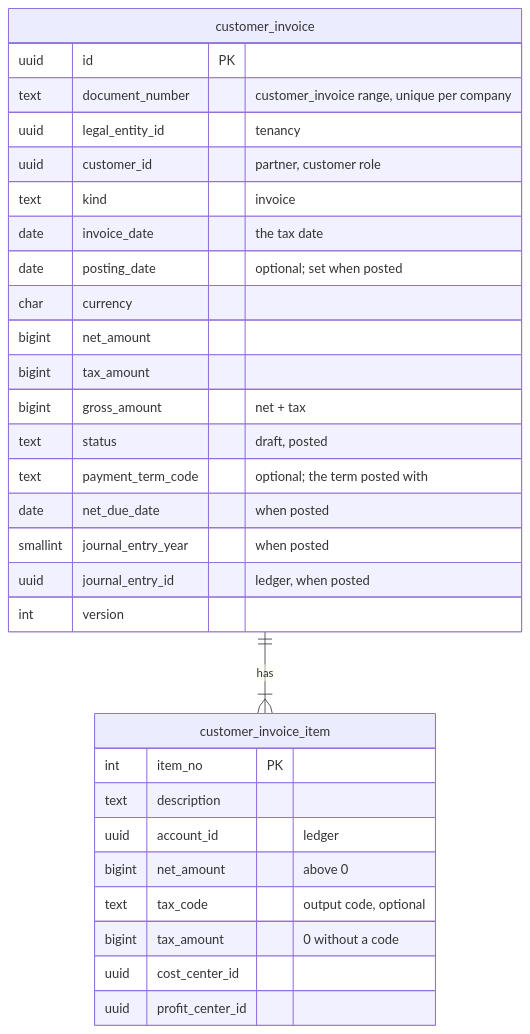
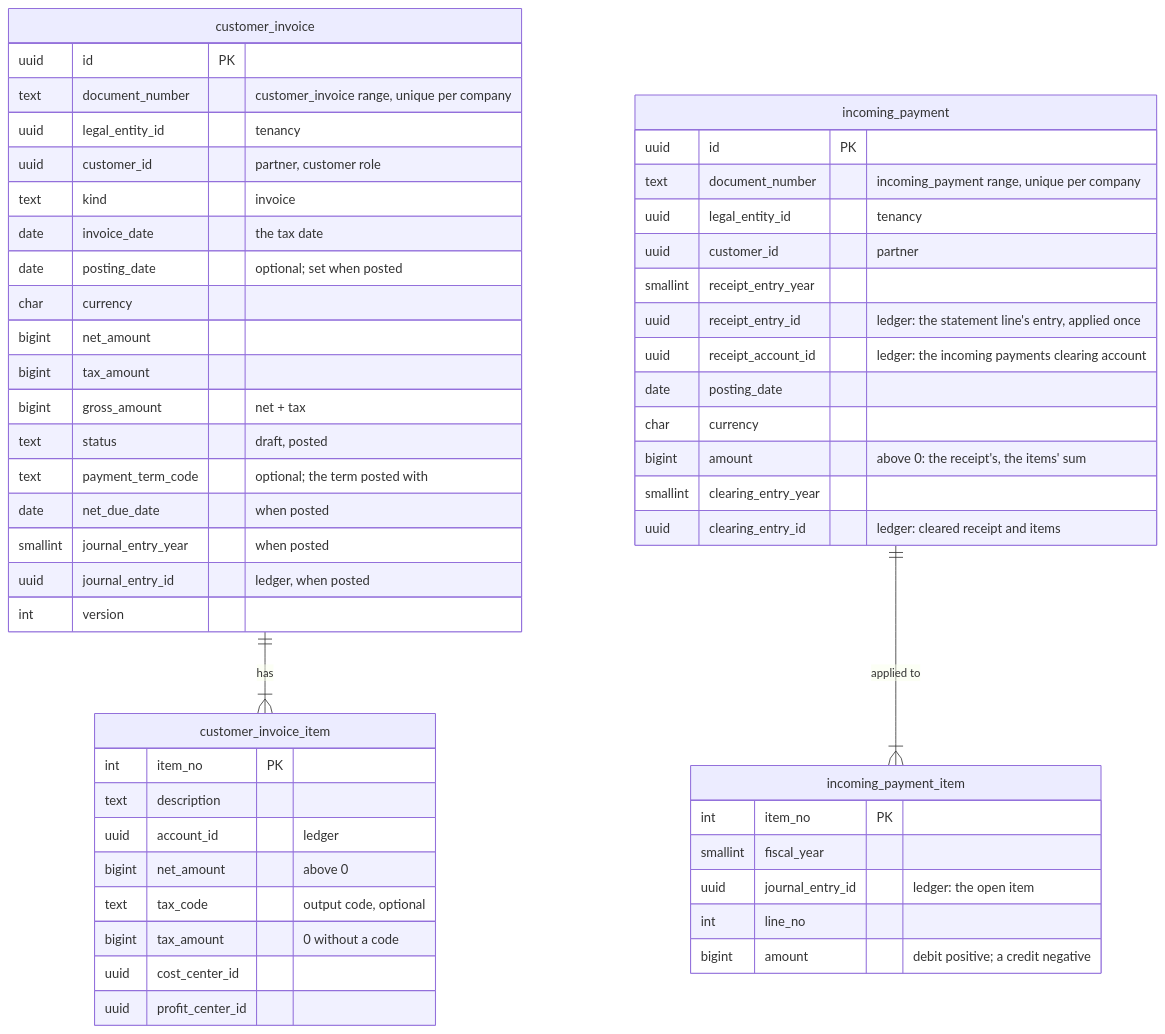
Diagram 14 of 14 in docs/design/03-data-model.md (mustie7iy/agentic-erp), drawn with Mermaid before and after one commit. The commit also changed other lines of this file and 38 other files, not shown here.

````diff
--- a/docs/design/03-data-model.md
+++ b/docs/design/03-data-model.md
@@ -4006,29 +4010,47 @@
 ```mermaid
 erDiagram
   customer_invoice ||--|{ customer_invoice_item : "has"
   customer_invoice { uuid id PK
     text document_number "customer_invoice range, unique per company"
     uuid legal_entity_id "tenancy"
     uuid customer_id "partner, customer role"
     text kind "invoice"
     date invoice_date "the tax date"
     date posting_date "optional; set when posted"
     char currency
     bigint net_amount
     bigint tax_amount
     bigint gross_amount "net + tax"
     text status "draft, posted"
     text payment_term_code "optional; the term posted with"
     date net_due_date "when posted"
     smallint journal_entry_year "when posted"
     uuid journal_entry_id "ledger, when posted"
     int version }
   customer_invoice_item { int item_no PK
     text description
     uuid account_id "ledger"
     bigint net_amount "above 0"
     text tax_code "output code, optional"
     bigint tax_amount "0 without a code"
     uuid cost_center_id
     uuid profit_center_id }
+  incoming_payment ||--|{ incoming_payment_item : "applied to"
+  incoming_payment { uuid id PK
+    text document_number "incoming_payment range, unique per company"
+    uuid legal_entity_id "tenancy"
+    uuid customer_id "partner"
+    smallint receipt_entry_year
+    uuid receipt_entry_id "ledger: the statement line's entry, applied once"
+    uuid receipt_account_id "ledger: the incoming payments clearing account"
+    date posting_date
+    char currency
+    bigint amount "above 0: the receipt's, the items' sum"
+    smallint clearing_entry_year
+    uuid clearing_entry_id "ledger: cleared receipt and items" }
+  incoming_payment_item { int item_no PK
+    smallint fiscal_year
+    uuid journal_entry_id "ledger: the open item"
+    int line_no
+    bigint amount "debit positive; a credit negative" }
 ```
````
